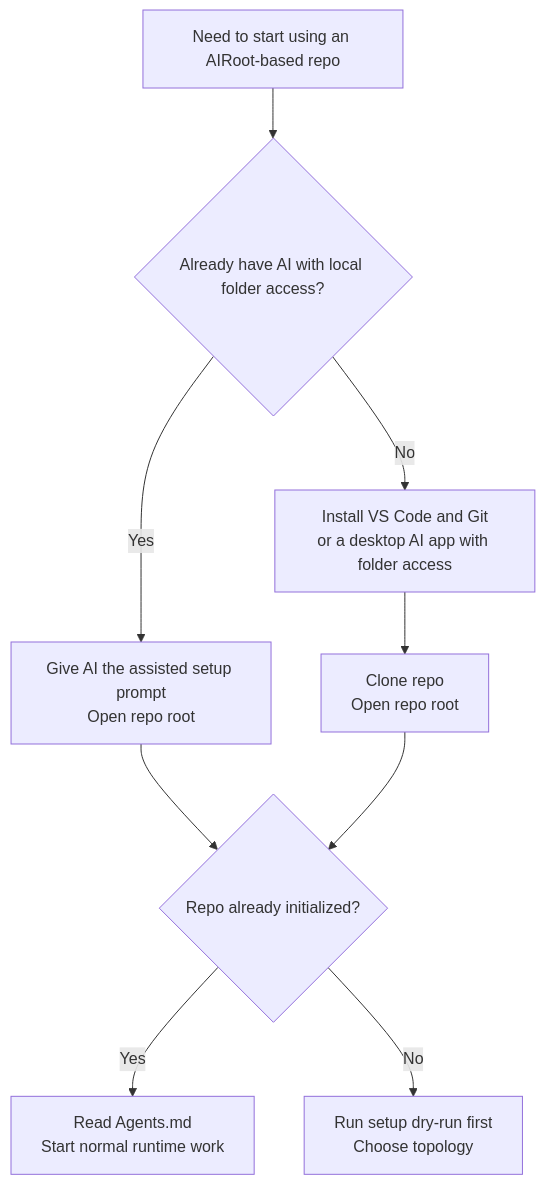
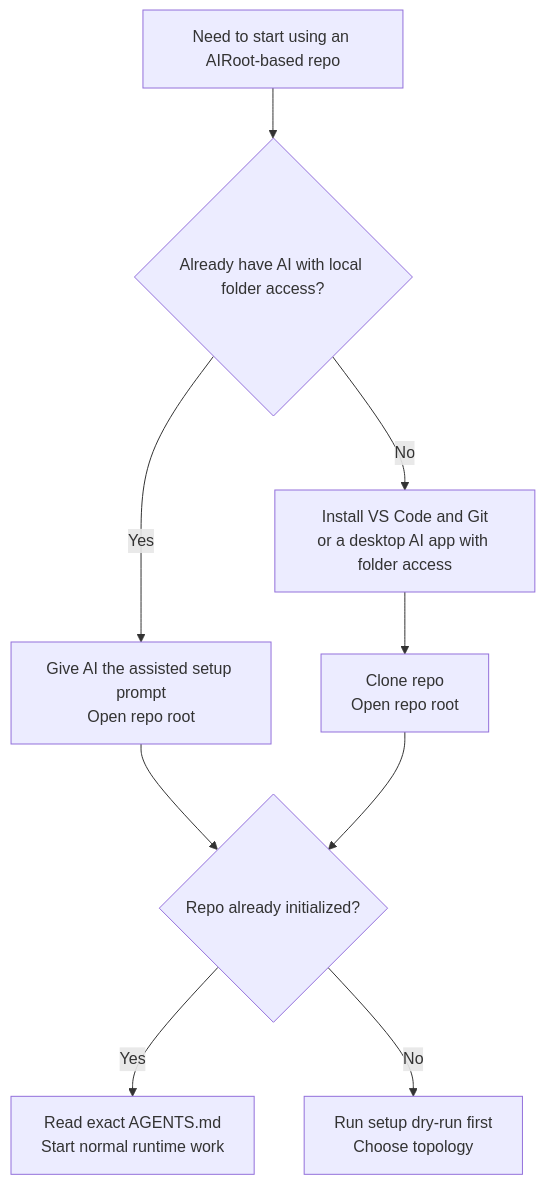
One commit to FoxsterDev/ai-research-hub changed the first of 8 diagrams in Visuals/AI_PROTOCOL_VISUAL_MAP.md. Above: the diagram before and after it, drawn with Mermaid. The commit also changed other lines of this file and 30 other files, not shown here.

````diff
--- a/Visuals/AI_PROTOCOL_VISUAL_MAP.md
+++ b/Visuals/AI_PROTOCOL_VISUAL_MAP.md
@@ -22,11 +22,11 @@
 ```mermaid
 flowchart TD
     A[Need to start using an AIRoot-based repo] --> B{Already have AI with local folder access?}
     B -->|Yes| C[Give AI the assisted setup prompt<br/>Open repo root]
     B -->|No| D[Install VS Code and Git<br/>or a desktop AI app with folder access]
     C --> E{Repo already initialized?}
     D --> F[Clone repo<br/>Open repo root]
     F --> E
-    E -->|Yes| G[Read Agents.md<br/>Start normal runtime work]
+    E -->|Yes| G[Read exact AGENTS.md<br/>Start normal runtime work]
     E -->|No| H[Run setup dry-run first<br/>Choose topology]
 ```
````
